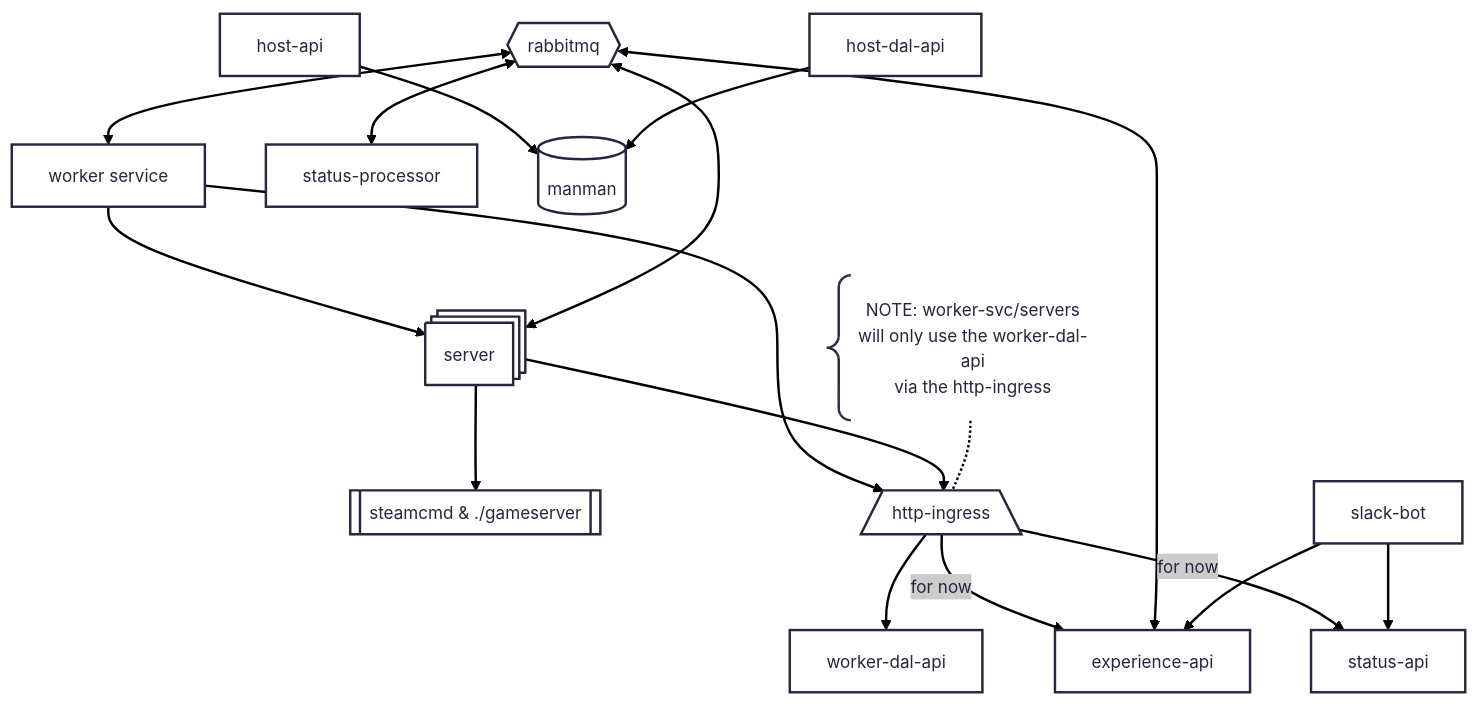
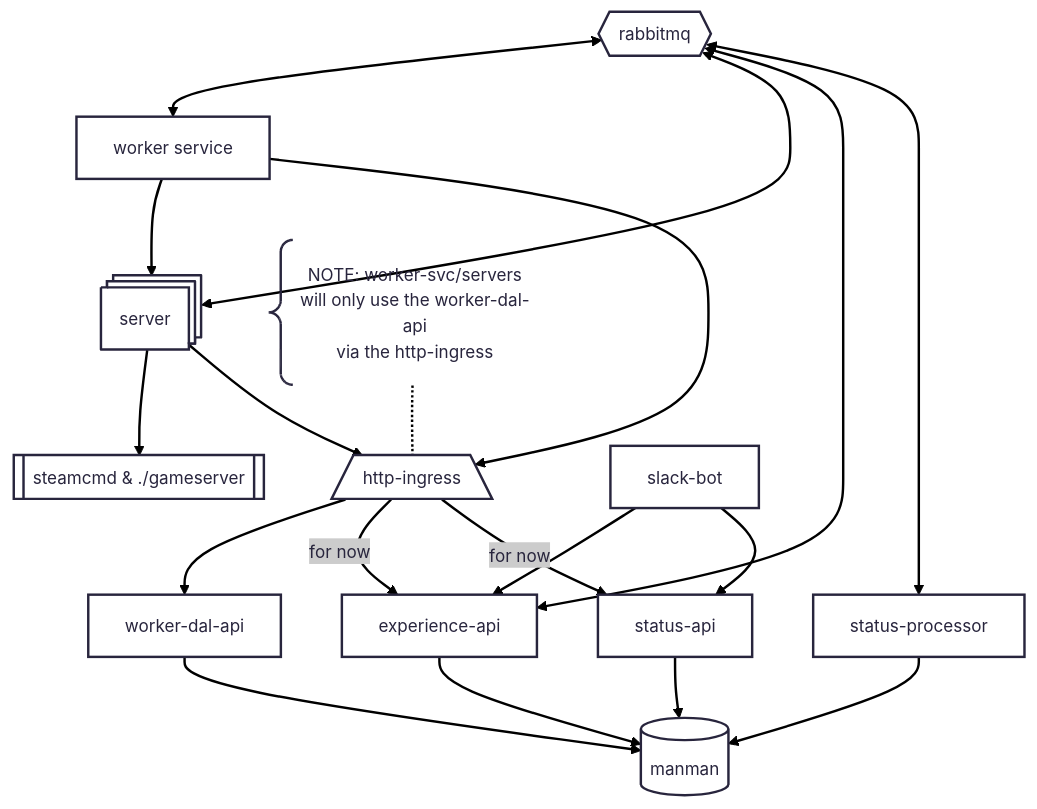
One commit to whale-net/manman changed the diagram in README.md. Above: the diagram before and after it, drawn with Mermaid.

````diff
--- a/README.md
+++ b/README.md
@@ -19,37 +19,37 @@
 ```mermaid
 ---
 config:
   theme: redux
 ---
 graph TD
     worker-svc["worker service"]
     servers["server"]@{ shape: procs}
     server-subproc["steamcmd & ./gameserver"]@{ shape: subproc}
 
     worker-svc --> servers --> server-subproc
 
     http-ingress[/"http-ingress"\]
     experience-api["experience-api"]
     worker-dal-api["worker-dal-api"]
     status-api["status-api"]
     %% is proc the right shape?
     status-processor["status-processor"]@{ shape: proc }
 
     worker-svc & servers --> http-ingress --> worker-dal-api
     http-ingress -- for now --> experience-api & status-api
 
     http-ingress-comment["NOTE: worker-svc/servers<br>will only use the worker-dal-api<br>via the http-ingress"]@{ shape: comment }
 
     http-ingress-comment -.- http-ingress
 
     database["manman"]@{ shape: db}
-    host-api & host-dal-api --> database
+    experience-api & worker-dal-api & status-processor & status-api --> database
 
     rmq{{"rabbitmq"}}
     rmq <--> worker-svc & servers & experience-api & status-processor
 
 
     slack-bot["slack-bot"]
     slack-bot --> experience-api & status-api
 
 ```
````
